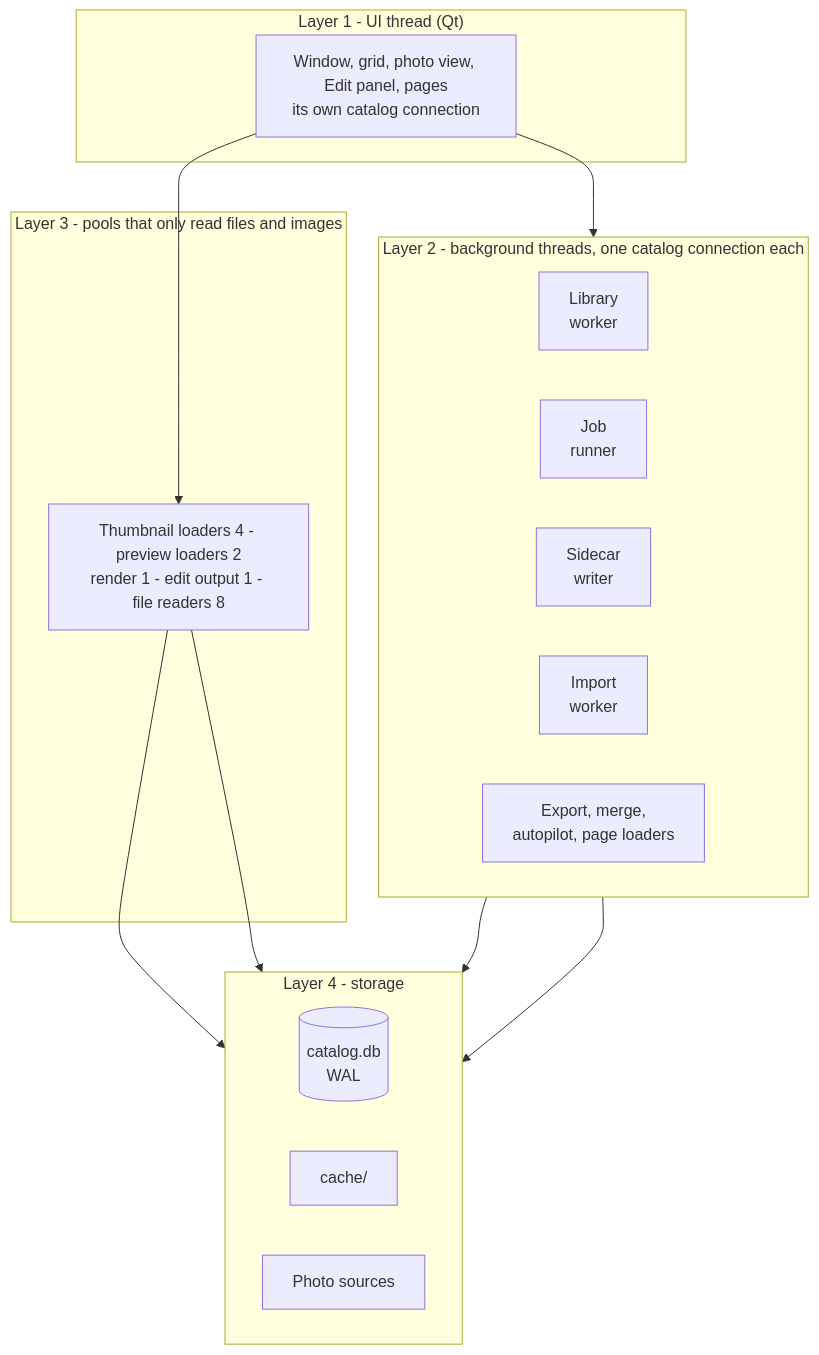
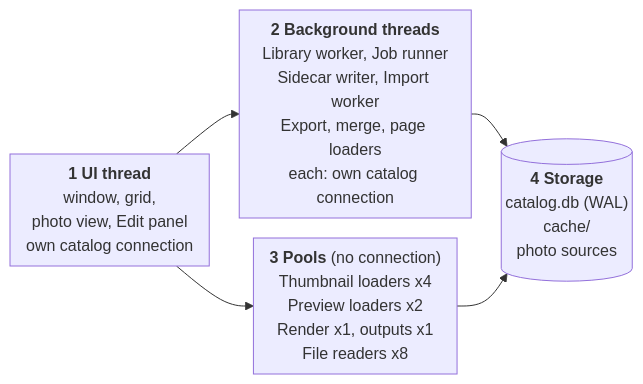
One commit to AxialForge/Lunelis changed the second of 14 diagrams in docs/src/dataflow-lunelis.md. Above: the diagram before and after it, drawn with Mermaid. The commit also changed other lines of this file and 3 other files, not shown here.

Commit message:
Kit: keep table header and last rows with their neighbours, taller figures, diagram and table guidance in the style guide

````diff
--- a/docs/src/dataflow-lunelis.md
+++ b/docs/src/dataflow-lunelis.md
@@ -45,29 +44,12 @@
-```mermaid Four layers inside the one process. Each background thread has its own catalog connection; the pools hold no connection and only read files or cached images.
-flowchart TB
-  subgraph L1["Layer 1 - UI thread (Qt)"]
-    ui["Window, grid, photo view, Edit panel, pages<br/>its own catalog connection"]
-  end
-  subgraph L2["Layer 2 - background threads, one catalog connection each"]
-    direction LR
-    lib["Library<br/>worker"]
-    jobs["Job<br/>runner"]
-    xmp["Sidecar<br/>writer"]
-    imp["Import<br/>worker"]
-    oth["Export, merge,<br/>autopilot, page loaders"]
-  end
-  subgraph L3["Layer 3 - pools that only read files and images"]
-    pools["Thumbnail loaders 4 - preview loaders 2<br/>render 1 - edit output 1 - file readers 8"]
-  end
-  subgraph L4["Layer 4 - storage"]
-    direction LR
-    db[("catalog.db<br/>WAL")]
-    cache["cache/"]
-    src["Photo sources"]
-  end
-  ui --> L2
-  ui --> pools
-  L2 --> db
-  L2 --> src
-  pools --> cache
-  pools --> src
+```mermaid Four layers inside the one process. Layer 2 threads each hold a catalog connection; the pools only read files and cached images.
+%%{init: {"flowchart": {"rankSpacing": 30, "nodeSpacing": 20, "padding": 8}}}%%
+flowchart LR
+  L1["<b>1 UI thread</b><br/>window, grid,<br/>photo view, Edit panel<br/>own catalog connection"]
+  L2["<b>2 Background threads</b><br/>Library worker, Job runner<br/>Sidecar writer, Import worker<br/>Export, merge, page loaders<br/>each: own catalog connection"]
+  L3["<b>3 Pools</b> (no connection)<br/>Thumbnail loaders x4<br/>Preview loaders x2<br/>Render x1, outputs x1<br/>File readers x8"]
+  L4[("<b>4 Storage</b><br/>catalog.db (WAL)<br/>cache/<br/>photo sources")]
+  L1 --> L2
+  L1 --> L3
+  L2 --> L4
+  L3 --> L4
 ```
````
